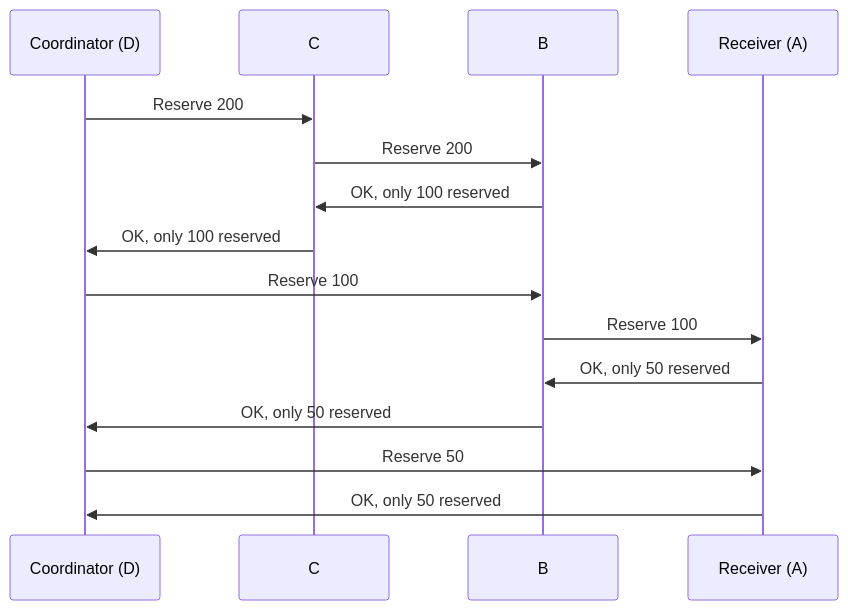
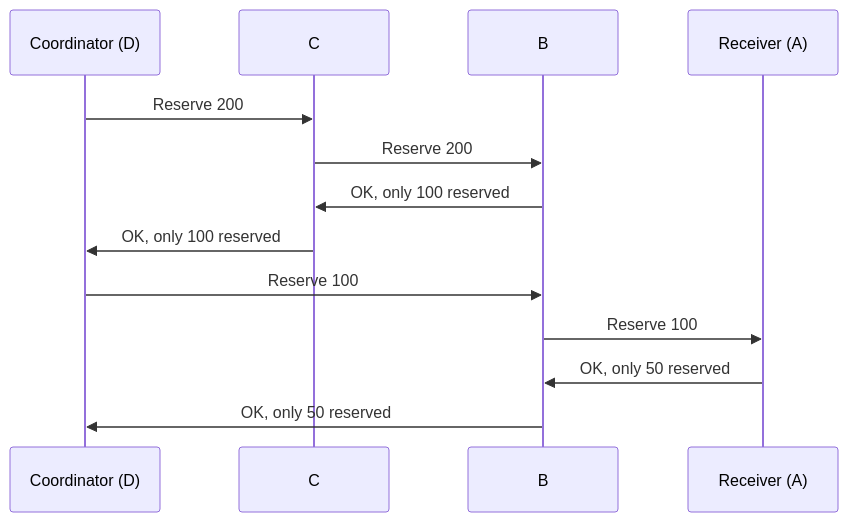
The fourth of 12 diagrams in transactions/transactions.md (GEO-Protocol/specs-protocol), drawn with Mermaid before and after one commit. The commit also changed other lines of this file, not shown here.

````diff
--- a/transactions/transactions.md
+++ b/transactions/transactions.md
@@ -345,15 +345,12 @@
 ```mermaid
 sequenceDiagram
     Coordinator (D)->>C: Reserve 200
     C->>B: Reserve 200
     B->>C: OK, only 100 reserved
     C->>Coordinator (D): OK, only 100 reserved
 
     Coordinator (D)->>B: Reserve 100
     B->> Receiver (A): Reserve 100
     Receiver (A)->>B: OK, only 50 reserved
     B->>Coordinator (D): OK, only 50 reserved
-
-    Coordinator (D)->>Receiver (A): Reserve 50
-    Receiver (A)->>Coordinator (D): OK, only 50 reserved
 ```
````
